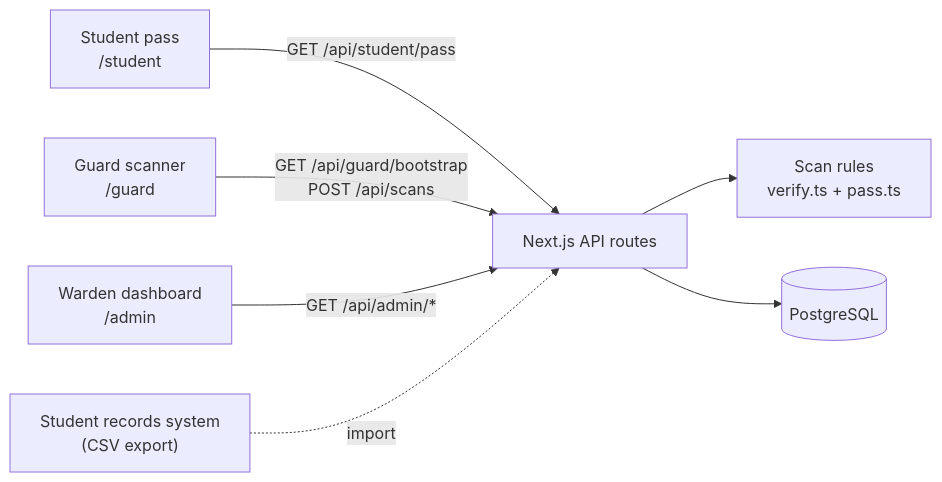
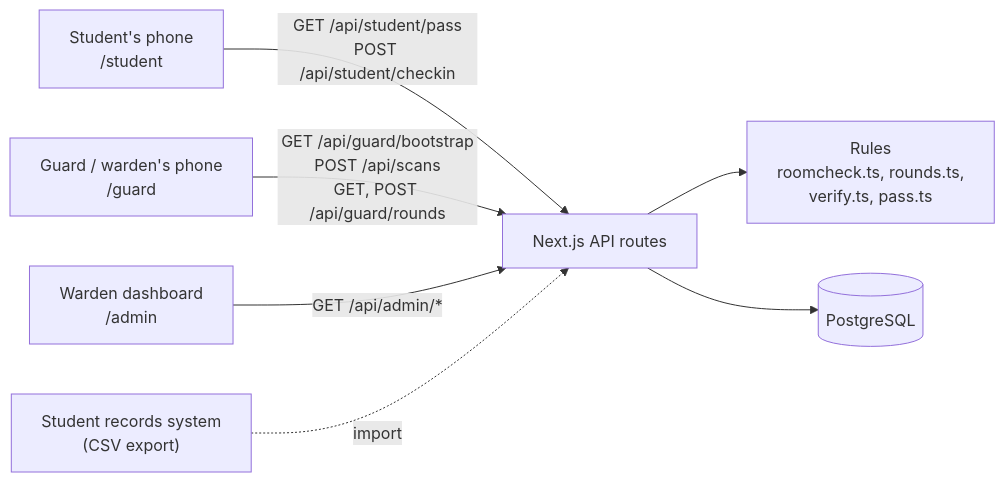
One commit to RithikhC/CampusOPS changed the first of 3 diagrams in docs/TECHNICAL.md. Above: the diagram before and after it, drawn with Mermaid. The commit also changed other lines of this file and 13 other files, not shown here.

````diff
--- a/docs/TECHNICAL.md
+++ b/docs/TECHNICAL.md
@@ -7,9 +11,9 @@
 ```mermaid
 flowchart LR
-    S["Student pass<br/>/student"] -- "GET /api/student/pass" --> API
-    G["Guard scanner<br/>/guard"] -- "GET /api/guard/bootstrap<br/>POST /api/scans" --> API
+    S["Student's phone<br/>/student"] -- "GET /api/student/pass<br/>POST /api/student/checkin" --> API
+    G["Guard / warden's phone<br/>/guard"] -- "GET /api/guard/bootstrap<br/>POST /api/scans<br/>GET, POST /api/guard/rounds" --> API
     W["Warden dashboard<br/>/admin"] -- "GET /api/admin/*" --> API
-    API["Next.js API routes"] --> V["Scan rules<br/>verify.ts + pass.ts"]
+    API["Next.js API routes"] --> R["Rules<br/>roomcheck.ts, rounds.ts,<br/>verify.ts, pass.ts"]
     API --> DB[("PostgreSQL")]
     CSV["Student records system<br/>(CSV export)"] -. import .-> API
 ```
````
